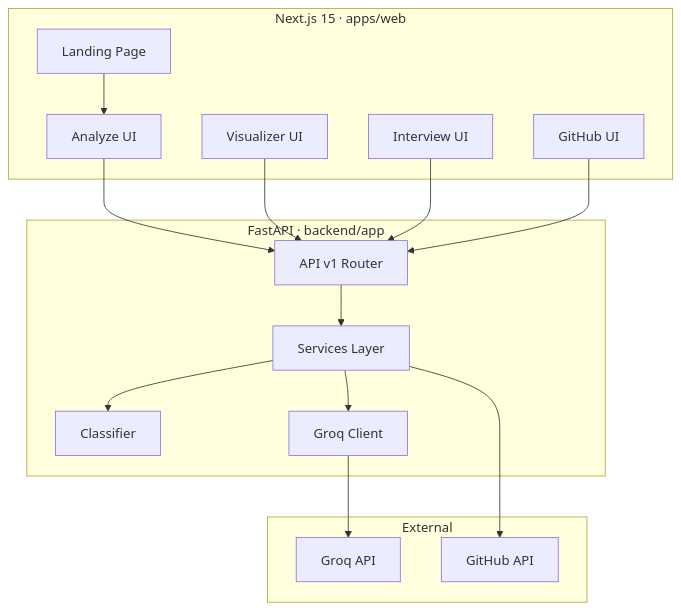
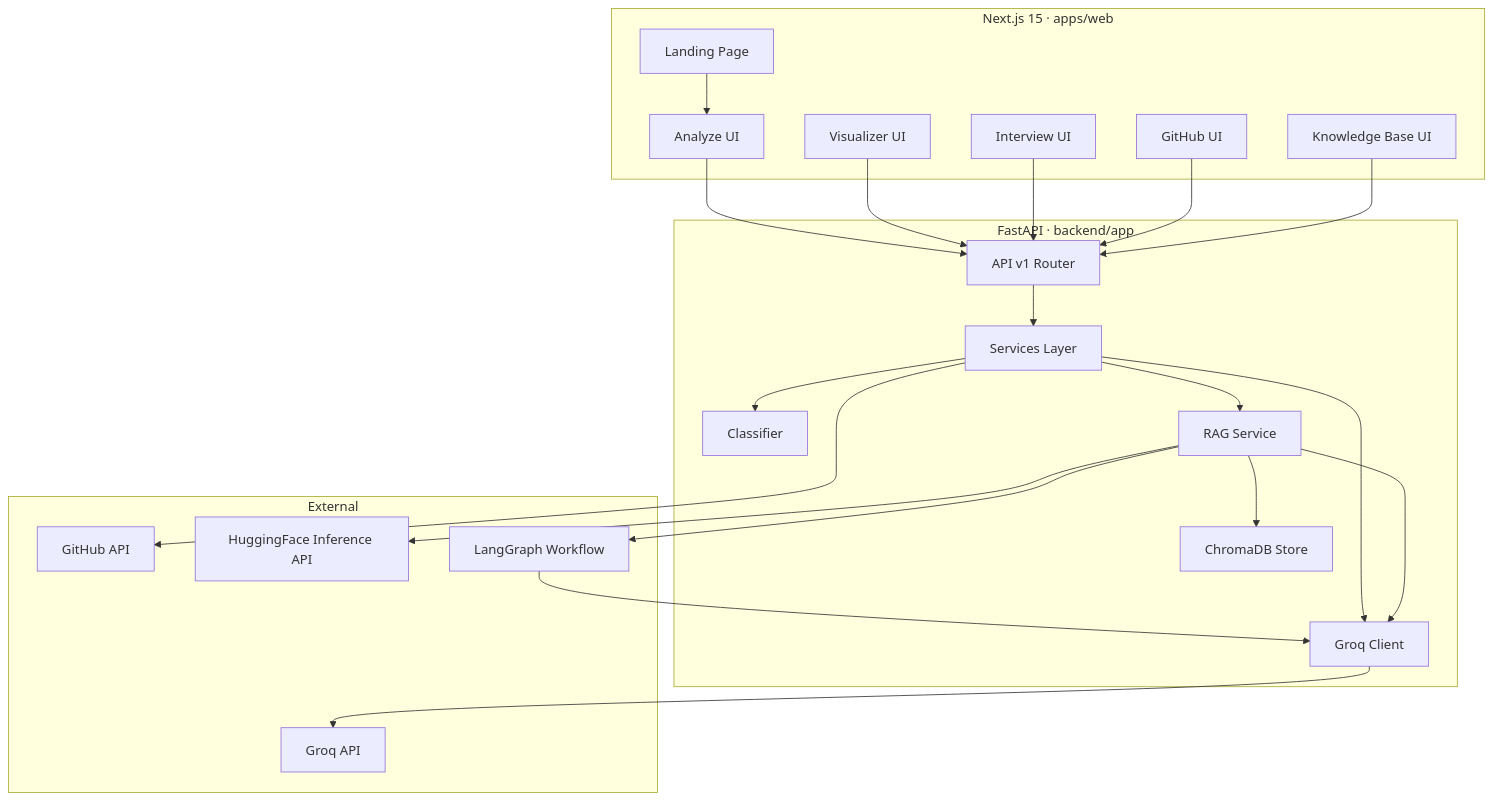
The diagram in README.md (kesava-bobbili/AlgoLens), drawn with Mermaid before and after one commit. The commit also changed other lines of this file and 14 other files, not shown here.

Commit message:
feat: add RAG knowledge base and LangGraph orchestration

````diff
--- a/README.md
+++ b/README.md
@@ -43,33 +46,45 @@
 ```mermaid
 flowchart TB
   subgraph client [Next.js 15 · apps/web]
     Landing[Landing Page]
     Analyze[Analyze UI]
     Viz[Visualizer UI]
     Interview[Interview UI]
     GitHub[GitHub UI]
+    Knowledge[Knowledge Base UI]
   end
 
   subgraph api [FastAPI · backend/app]
     Router[API v1 Router]
     Svc[Services Layer]
     Core[Classifier]
     LLM[Groq Client]
+    RAG[RAG Service]
+    VectorDB[ChromaDB Store]
   end
 
   subgraph external [External]
     GroqAPI[Groq API]
     GH[GitHub API]
+    HF[HuggingFace Inference API]
+    LangGraphWF[LangGraph Workflow]
   end
 
   Landing --> Analyze
   Analyze --> Router
   Viz --> Router
   Interview --> Router
   GitHub --> Router
+  Knowledge --> Router
   Router --> Svc
   Svc --> Core
   Svc --> LLM
+  Svc --> RAG
+  RAG --> VectorDB
+  RAG --> HF
+  RAG --> LangGraphWF
+  LangGraphWF --> LLM
+  RAG --> LLM
   LLM --> GroqAPI
   Svc --> GH
 ```
````
